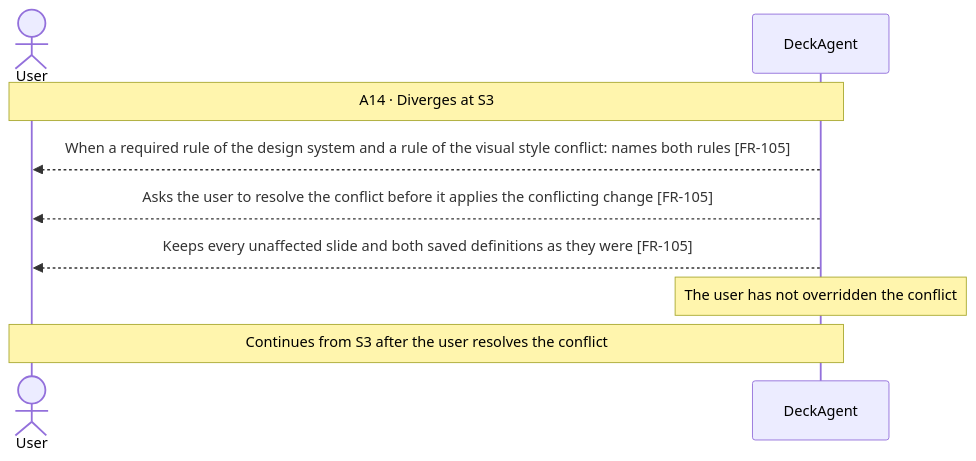
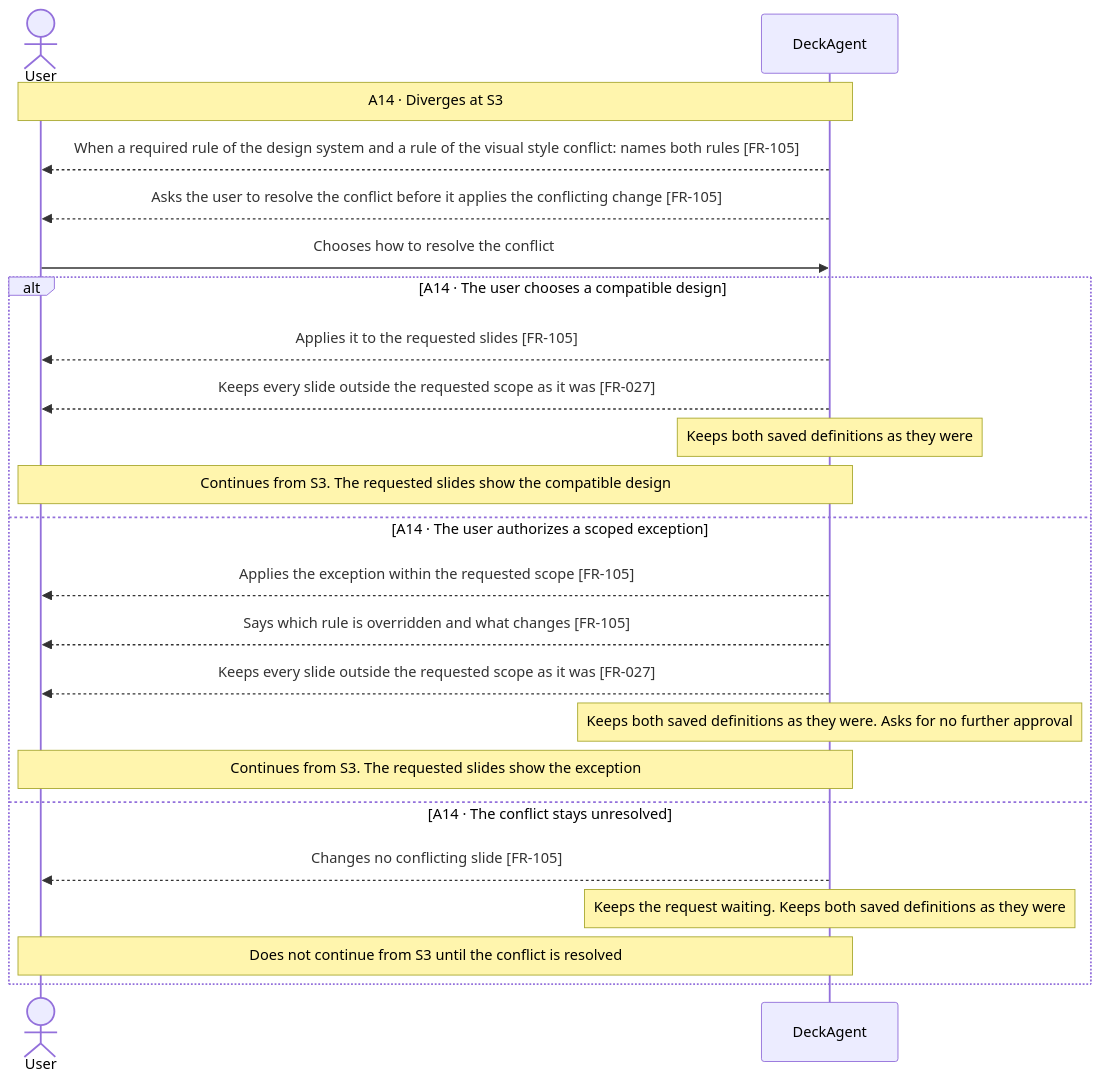
Before and after one commit to Luke23127006/DeckAgent: diagram 15 of 16 in docs/spec/03-use-cases/UC-002.md, drawn with Mermaid. The commit also changed 10 other files, not shown here.

````diff
--- a/docs/spec/03-use-cases/UC-002.md
+++ b/docs/spec/03-use-cases/UC-002.md
@@ -250,11 +250,25 @@
 ```mermaid
 sequenceDiagram
     actor User
     participant DeckAgent
     Note over User,DeckAgent: A14 · Diverges at S3
     DeckAgent-->>User: When a required rule of the design system and a rule of the visual style conflict: names both rules [FR-105]
     DeckAgent-->>User: Asks the user to resolve the conflict before it applies the conflicting change [FR-105]
-    DeckAgent-->>User: Keeps every unaffected slide and both saved definitions as they were [FR-105]
-    note over DeckAgent: The user has not overridden the conflict
-    Note over User,DeckAgent: Continues from S3 after the user resolves the conflict
+    User->>DeckAgent: Chooses how to resolve the conflict
+    alt A14 · The user chooses a compatible design
+        DeckAgent-->>User: Applies it to the requested slides [FR-105]
+        DeckAgent-->>User: Keeps every slide outside the requested scope as it was [FR-027]
+        note over DeckAgent: Keeps both saved definitions as they were
+        Note over User,DeckAgent: Continues from S3. The requested slides show the compatible design
+    else A14 · The user authorizes a scoped exception
+        DeckAgent-->>User: Applies the exception within the requested scope [FR-105]
+        DeckAgent-->>User: Says which rule is overridden and what changes [FR-105]
+        DeckAgent-->>User: Keeps every slide outside the requested scope as it was [FR-027]
+        note over DeckAgent: Keeps both saved definitions as they were. Asks for no further approval
+        Note over User,DeckAgent: Continues from S3. The requested slides show the exception
+    else A14 · The conflict stays unresolved
+        DeckAgent-->>User: Changes no conflicting slide [FR-105]
+        note over DeckAgent: Keeps the request waiting. Keeps both saved definitions as they were
+        Note over User,DeckAgent: Does not continue from S3 until the conflict is resolved
+    end
 ```
````
